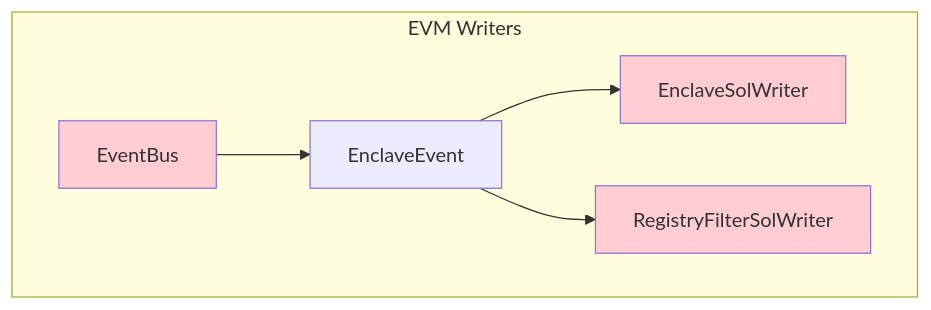
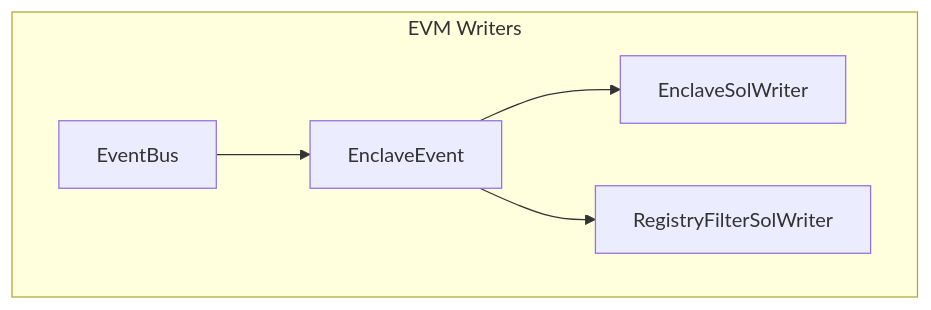
One commit to gnosisguild/enclave changed the second of 2 diagrams in crates/evm/EvmSystem.md. Above: the diagram before and after it, drawn with Mermaid. The commit also changed other lines of this file and 7 other files, not shown here.

````diff
--- a/crates/evm/EvmSystem.md
+++ b/crates/evm/EvmSystem.md
@@ -51,27 +46,23 @@
 ```mermaid
 flowchart TB
     subgraph evm["EVM Writers"]
 		EB["EventBus"]
 		EE["EnclaveEvent"]
 		ESW["EnclaveSolWriter"]
         RFW["RegistryFilterSolWriter"]
     end
 
 	EB --> EE
 	EE --> ESW
 	EE --> RFW
 
     ESW:::internal-link
     EB:::internal-link
 	RFW:::internal-link
 	EE:::internal-link
 
-	style ESW fill:#FFCDD2
-	style EB fill:#FFCDD2
-	style RFW fill:#FFCDD2
-
     click ESW "http://github.com/gnosisguild/enclave/tree/main/crates/evm/docs/EnclaveSolWriter.md"
     click EB "http://github.com/gnosisguild/enclave/tree/main/crates/events/docs/EventBus.md"
     click RFW "http://github.com/gnosisguild/enclave/tree/main/crates/evm/docs/RegistryFilterSolWriter.md"
     click EE "http://github.com/gnosisguild/enclave/tree/main/crates/events/docs/EnclaveEvent.md"
 ```
````
